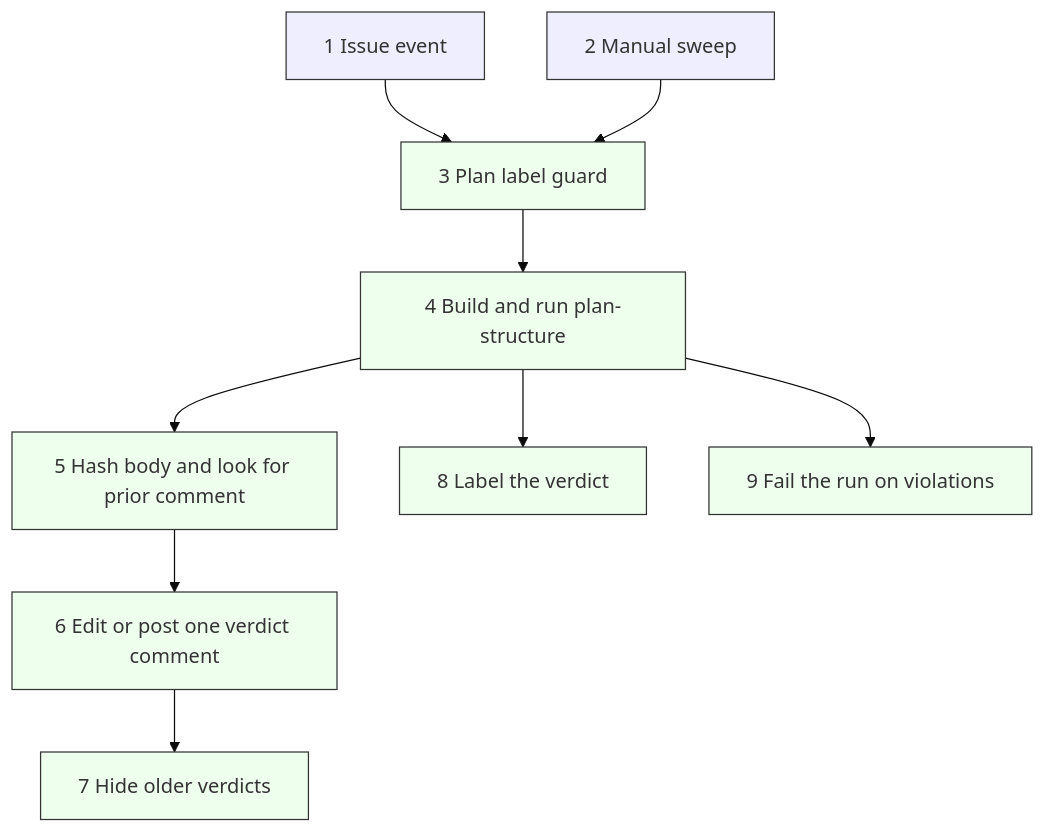
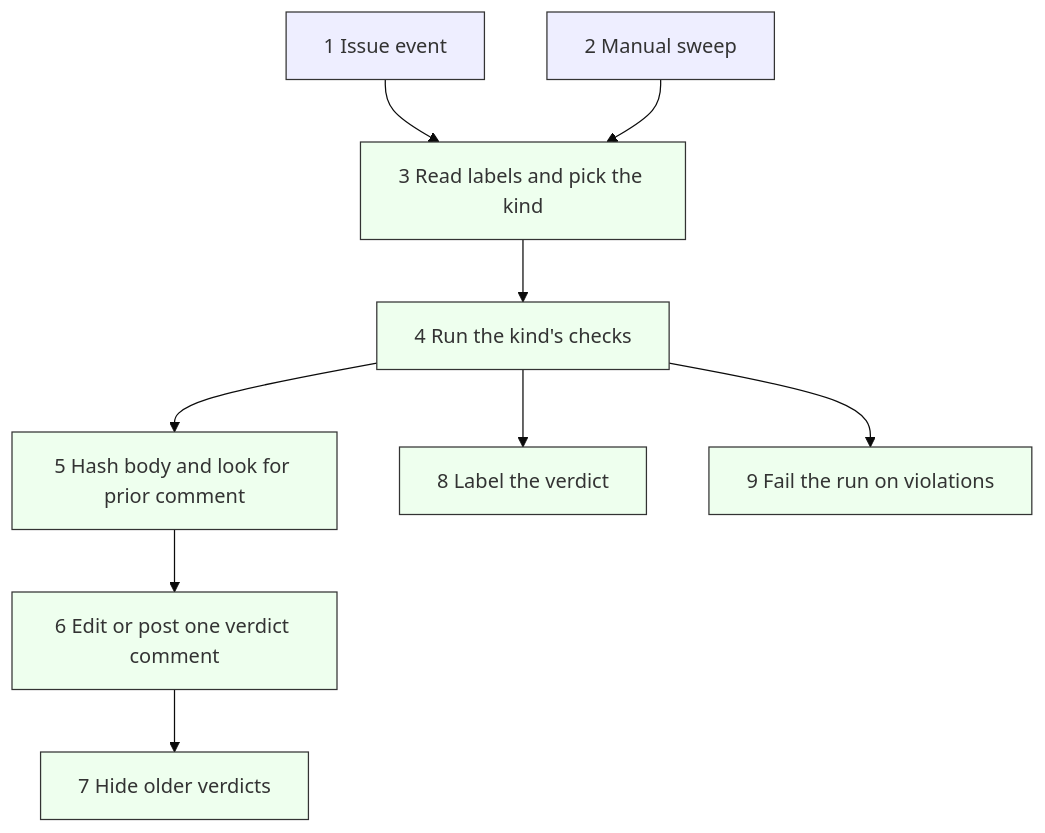
The first of 3 diagrams in .github/workflows/README.md (may-journal/fitness-runner), drawn with Mermaid (base theme) before and after one commit. The commit also changed other lines of this file and 9 other files, not shown here.

````diff
--- a/.github/workflows/README.md
+++ b/.github/workflows/README.md
@@ -17,22 +19,22 @@
 ```mermaid
 flowchart TD
     A[1 Issue event]:::trigger
     B[2 Manual sweep]:::trigger
-    C[3 Plan label guard]:::step
-    D[4 Build and run plan-structure]:::step
+    C[3 Read labels and pick the kind]:::step
+    D[4 Run the kind's checks]:::step
     E[5 Hash body and look for prior comment]:::step
     F[6 Edit or post one verdict comment]:::step
     G[7 Hide older verdicts]:::step
     H[8 Label the verdict]:::step
     I[9 Fail the run on violations]:::step
     A --> C
     B --> C
     C --> D
     D --> E
     E --> F
     F --> G
     D --> H
     D --> I
     classDef trigger fill:#eef,stroke:#333
     classDef step fill:#efe,stroke:#333
 ```
````
